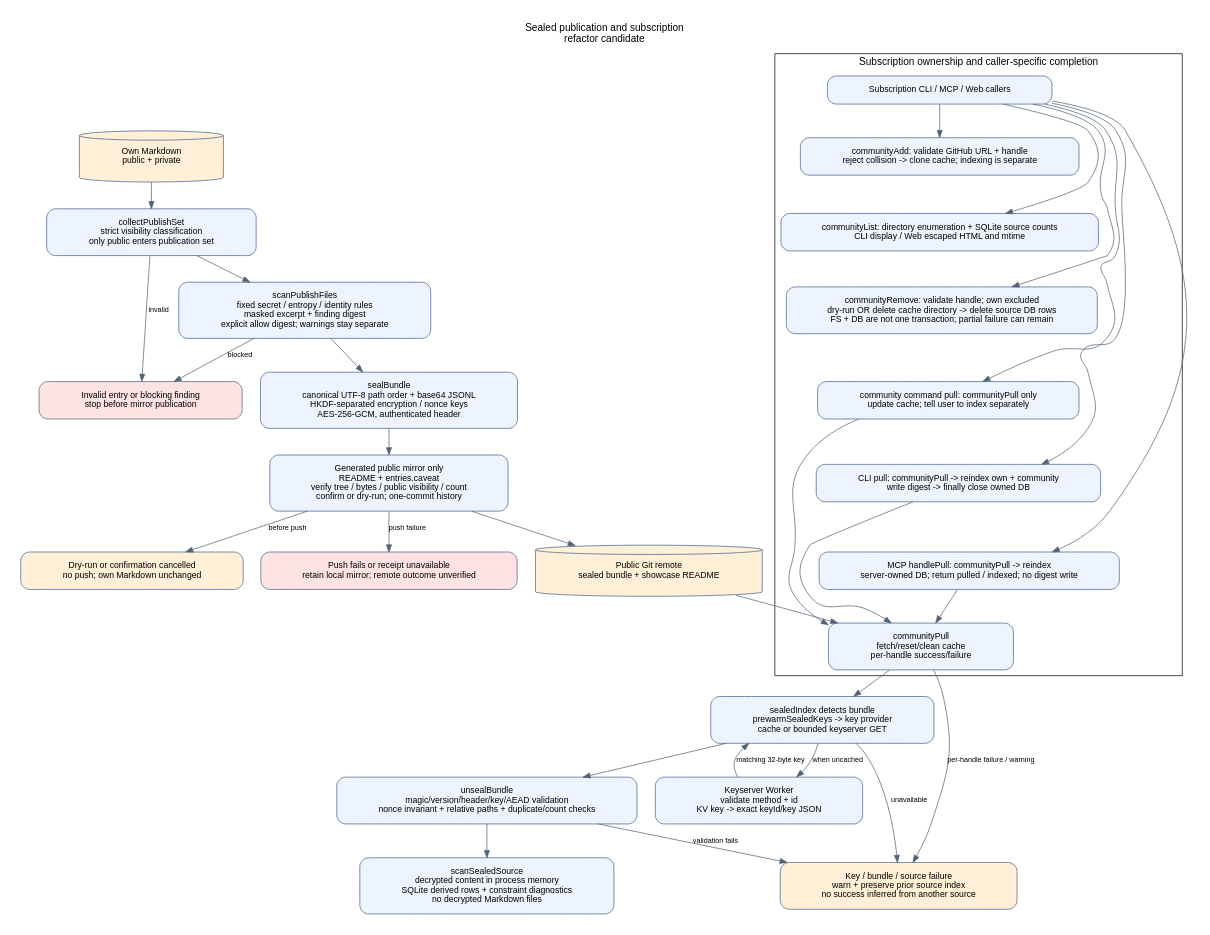
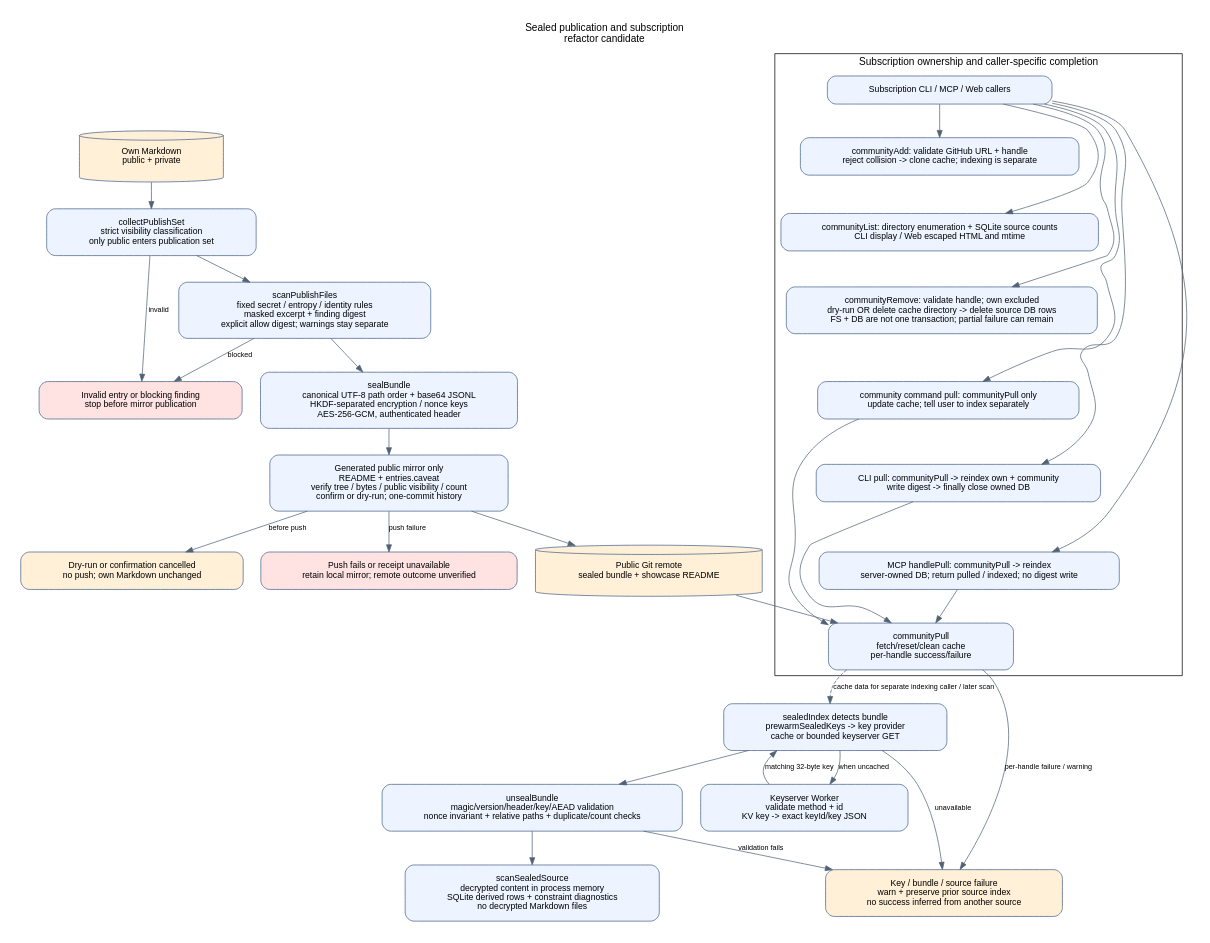
The diagram in docs/diagrams/08-sealed-community.dot (kitepon/Caveat), drawn with Graphviz before and after one commit. The commit also changed 9 other files, not shown here.

```diff
--- a/docs/diagrams/08-sealed-community.dot
+++ b/docs/diagrams/08-sealed-community.dot
@@ -1,48 +1,50 @@
 digraph sealed {
  graph [rankdir=TB, bgcolor="white", pad="0.3", nodesep="0.35", ranksep="0.5", fontname="Arial", label="Sealed publication and subscription\nrefactor candidate", labelloc=t];
  node [shape=box, style="rounded,filled", fillcolor="#edf4ff", color="#45618a", fontname="Arial", fontsize=12, margin="0.8,0.18"];
  edge [fontname="Arial", fontsize=10, color="#526276"];
  own [shape=cylinder, fillcolor="#fff0d7", label="Own Markdown\npublic + private"];
  collect [label="collectPublishSet\nstrict visibility classification\nonly public enters publication set"];
  scan [label="scanPublishFiles\nfixed secret / entropy / identity rules\nmasked excerpt + finding digest\nexplicit allow digest; warnings stay separate"];
  reject [fillcolor="#ffe3e3", label="Invalid entry or blocking finding\nstop before mirror publication"];
  codec [label="sealBundle\ncanonical UTF-8 path order + base64 JSONL\nHKDF-separated encryption / nonce keys\nAES-256-GCM, authenticated header"];
  mirror [label="Generated public mirror only\nREADME + entries.caveat\nverify tree / bytes / public visibility / count\nconfirm or dry-run; one-commit history"];
  public [shape=cylinder, fillcolor="#fff0d7", label="Public Git remote\nsealed bundle + showcase README"];
  subscribe [label="communityPull\nfetch/reset/clean cache\nper-handle success/failure"];
  header [label="sealedIndex detects bundle\nprewarmSealedKeys -> key provider\ncache or bounded keyserver GET"];
  key [label="Keyserver Worker\nvalidate method + id\nKV key -> exact keyId/key JSON"];
  unseal [label="unsealBundle\nmagic/version/header/key/AEAD validation\nnonce invariant + relative paths + duplicate/count checks"];
  index [label="scanSealedSource\ndecrypted content in process memory\nSQLite derived rows + constraint diagnostics\nno decrypted Markdown files"];
  keep [fillcolor="#fff0d7", label="Key / bundle / source failure\nwarn + preserve prior source index\nno success inferred from another source"];
- own -> collect -> scan -> codec -> mirror -> public -> subscribe -> header -> unseal -> index;
+ own -> collect -> scan -> codec -> mirror -> public -> subscribe;
+ header -> unseal -> index;
+ subscribe -> header [style=dashed,label="cache data for separate indexing caller / later scan"];
  collect -> reject [label="invalid"];
  scan -> reject [label="blocked"];
  header -> key [label="when uncached"];
  key -> header [label="matching 32-byte key"];
  header -> keep [label="unavailable"];
  unseal -> keep [label="validation fails"];
 
  cancel [fillcolor="#fff0d7",label="Dry-run or confirmation cancelled\nno push; own Markdown unchanged"];
  pushunknown [fillcolor="#ffe3e3",label="Push fails or receipt unavailable\nretain local mirror; remote outcome unverified"];
  mirror -> cancel [label="before push"];
  mirror -> pushunknown [label="push failure"];
 
 
  subgraph cluster_subscription {
  label="Subscription ownership and caller-specific completion";
  add [label="communityAdd: validate GitHub URL + handle\nreject collision -> clone cache; indexing is separate"];
  listing [label="communityList: directory enumeration + SQLite source counts\nCLI display / Web escaped HTML and mtime"];
  remove [label="communityRemove: validate handle; own excluded\ndry-run OR delete cache directory -> delete source DB rows\nFS + DB are not one transaction; partial failure can remain"];
  cacheonly [label="community command pull: communityPull only\nupdate cache; tell user to index separately"];
  clipull [label="CLI pull: communityPull -> reindex own + community\nwrite digest -> finally close owned DB"];
  mcppull [label="MCP handlePull: communityPull -> reindex\nserver-owned DB; return pulled / indexed; no digest write"];
  callers [label="Subscription CLI / MCP / Web callers"];
  callers -> add;
  add -> listing -> remove -> cacheonly -> clipull -> mcppull [style=invis];
  callers -> {listing remove cacheonly clipull mcppull} [constraint=false];
  cacheonly -> subscribe [constraint=false]; clipull -> subscribe [constraint=false]; mcppull -> subscribe;
  }
  subscribe -> keep [label="per-handle failure / warning"];
 
 }
```
